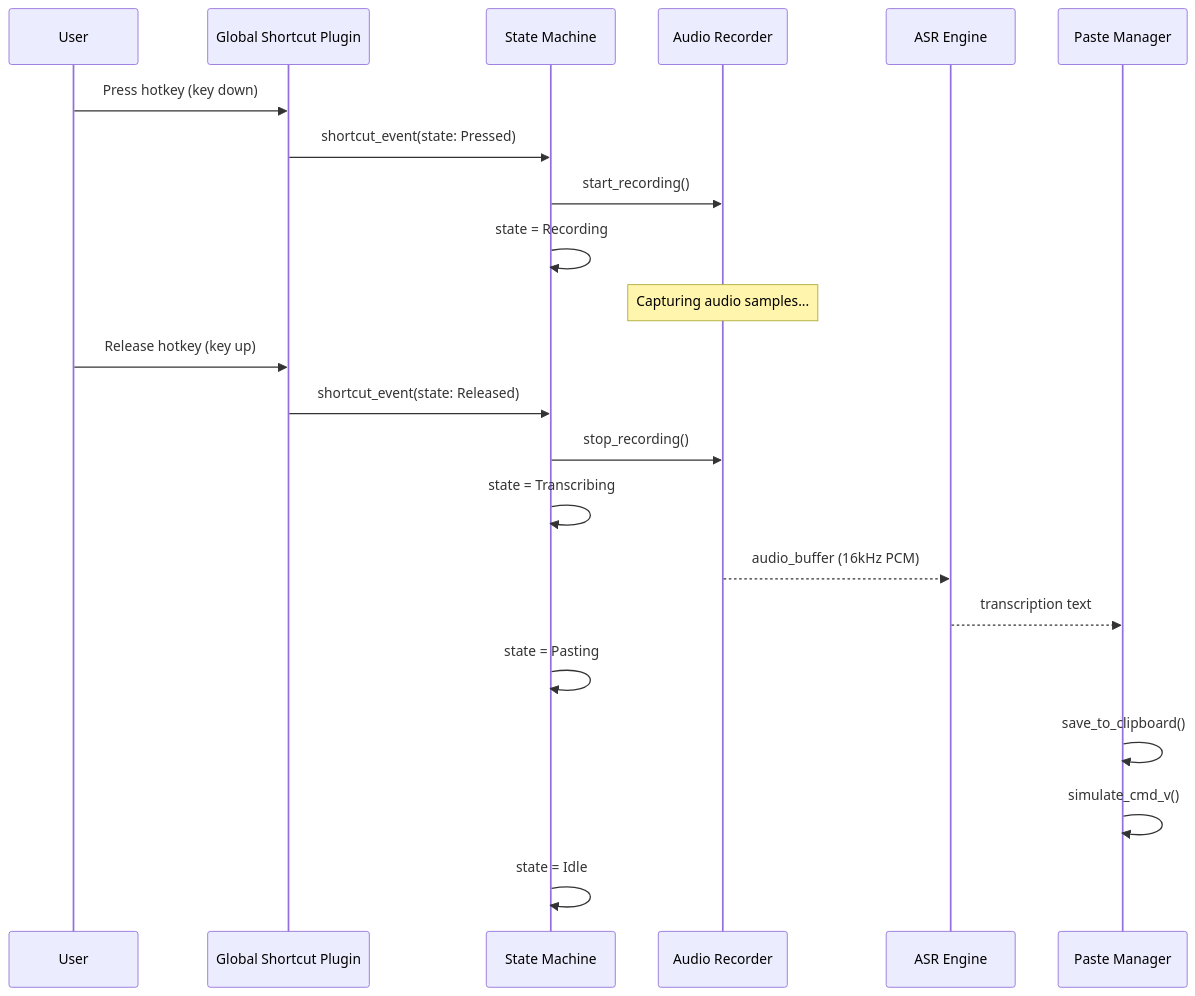
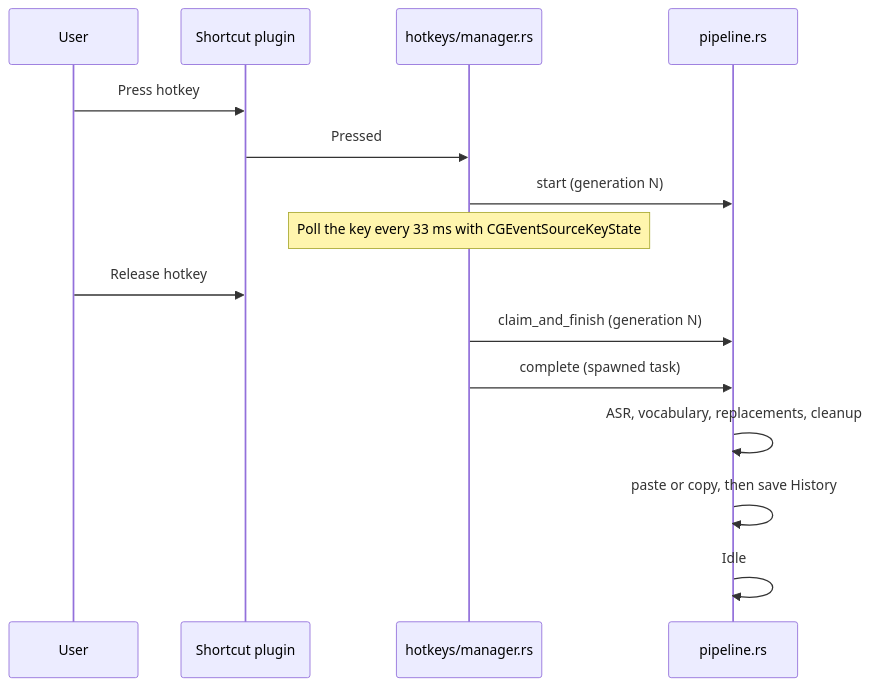
Before and after one commit to juanqui/sottoasr: the fourth of 5 diagrams in docs/designs/architecture.md, drawn with Mermaid. The commit also changed other lines of this file and 146 other files, not shown here.

````diff
--- a/docs/designs/architecture.md
+++ b/docs/designs/architecture.md
@@ -478,26 +409,18 @@
 ```mermaid
 sequenceDiagram
     participant U as User
-    participant HK as Global Shortcut Plugin
-    participant SM as State Machine
-    participant AR as Audio Recorder
-    participant ASR as ASR Engine
-    participant PM as Paste Manager
+    participant HK as Shortcut plugin
+    participant M as hotkeys/manager.rs
+    participant P as pipeline.rs
 
-    U->>HK: Press hotkey (key down)
-    HK->>SM: shortcut_event(state: Pressed)
-    SM->>AR: start_recording()
-    SM->>SM: state = Recording
-    Note over AR: Capturing audio samples...
-
-    U->>HK: Release hotkey (key up)
-    HK->>SM: shortcut_event(state: Released)
-    SM->>AR: stop_recording()
-    SM->>SM: state = Transcribing
-    AR-->>ASR: audio_buffer (16kHz PCM)
-    ASR-->>PM: transcription text
-    SM->>SM: state = Pasting
-    PM->>PM: save_to_clipboard()
-    PM->>PM: simulate_cmd_v()
-    SM->>SM: state = Idle
+    U->>HK: Press hotkey
+    HK->>M: Pressed
+    M->>P: start (generation N)
+    Note over M: Poll the key every 33 ms with CGEventSourceKeyState
+    U->>HK: Release hotkey
+    M->>P: claim_and_finish (generation N)
+    M->>P: complete (spawned task)
+    P->>P: ASR, vocabulary, replacements, cleanup
+    P->>P: paste or copy, then save History
+    P->>P: Idle
 ```
````
